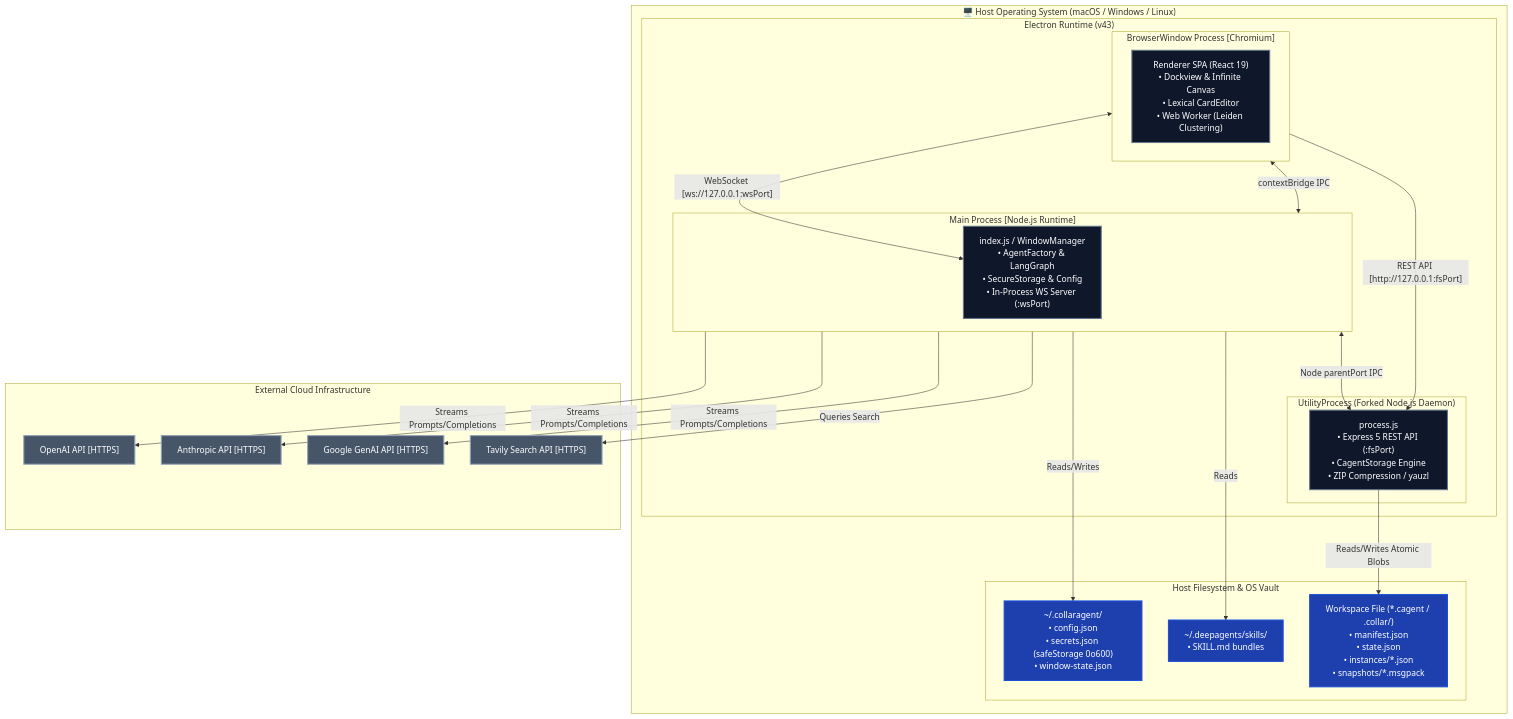
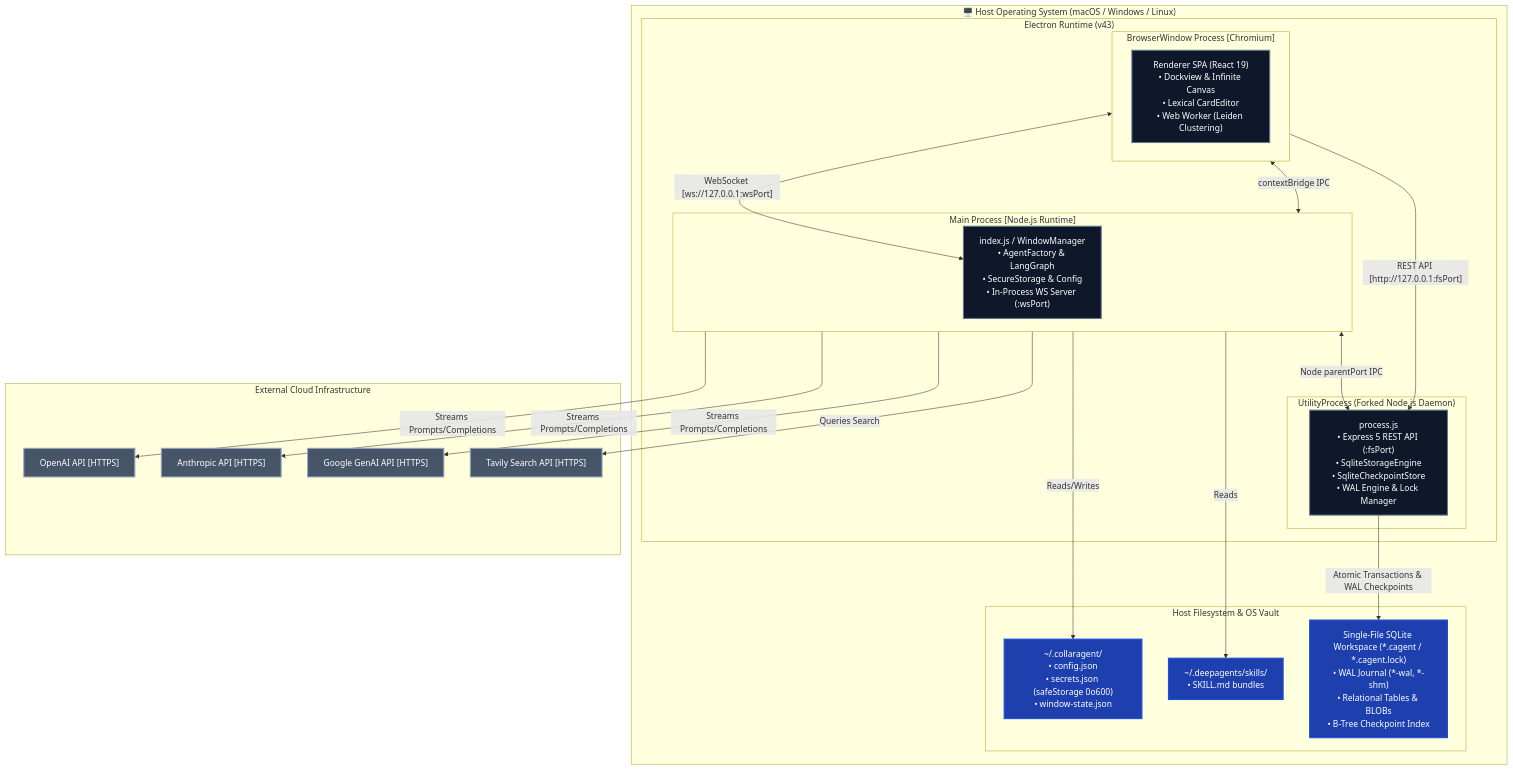
Before and after one commit to Goldwaterfung/Collaragent: the diagram in docs/design-catalog/c2-containers/deployment.mmd, drawn with Mermaid. The commit also changed 46 other files, not shown here.

Commit message:
ci: migrate backend data storage to sqlite

```diff
--- a/docs/design-catalog/c2-containers/deployment.mmd
+++ b/docs/design-catalog/c2-containers/deployment.mmd
@@ -1,51 +1,51 @@
 flowchart TB
     %% Deployment Styling
     classDef node fill:#1e293b,stroke:#3b82f6,color:#fff,stroke-width:2px;
     classDef process fill:#0f172a,stroke:#64748b,color:#fff;
     classDef file fill:#1e40af,stroke:#1d4ed8,color:#fff;
     classDef cloud fill:#475569,stroke:#94a3b8,color:#fff;
 
     subgraph HostOS ["🖥️ Host Operating System (macOS / Windows / Linux)"]
         
         subgraph ElectronApp ["Electron Runtime (v43)"]
             
             subgraph MainProc ["Main Process [Node.js Runtime]"]
                 HostMain["index.js / WindowManager<br/>• AgentFactory & LangGraph<br/>• SecureStorage & Config<br/>• In-Process WS Server (:wsPort)"]:::process
             end
             
             subgraph RendererProc ["BrowserWindow Process [Chromium]"]
                 WebUI["Renderer SPA (React 19)<br/>• Dockview & Infinite Canvas<br/>• Lexical CardEditor<br/>• Web Worker (Leiden Clustering)"]:::process
             end
             
             subgraph UtilityProc ["UtilityProcess (Forked Node.js Daemon)"]
-                Daemon["process.js<br/>• Express 5 REST API (:fsPort)<br/>• CagentStorage Engine<br/>• ZIP Compression / yauzl"]:::process
+                Daemon["process.js<br/>• Express 5 REST API (:fsPort)<br/>• SqliteStorageEngine<br/>• SqliteCheckpointStore<br/>• WAL Engine & Lock Manager"]:::process
             end
         end
 
         subgraph LocalDisk ["Host Filesystem & OS Vault"]
             ConfigDir["~/.collaragent/<br/>• config.json<br/>• secrets.json (safeStorage 0o600)<br/>• window-state.json"]:::file
             SkillsDir["~/.deepagents/skills/<br/>• SKILL.md bundles"]:::file
-            ProjectDir["Workspace File (*.cagent / .collar/)<br/>• manifest.json<br/>• state.json<br/>• instances/*.json<br/>• snapshots/*.msgpack"]:::file
+            ProjectDir["Single-File SQLite Workspace (*.cagent / *.cagent.lock)<br/>• WAL Journal (*-wal, *-shm)<br/>• Relational Tables & BLOBs<br/>• B-Tree Checkpoint Index"]:::file
         end
     end
 
     subgraph CloudServices ["External Cloud Infrastructure"]
         OpenAICloud["OpenAI API [HTTPS]"]:::cloud
         AnthropicCloud["Anthropic API [HTTPS]"]:::cloud
         GoogleCloud["Google GenAI API [HTTPS]"]:::cloud
         TavilyAPI["Tavily Search API [HTTPS]"]:::cloud
     end
 
     RendererProc <-->|"contextBridge IPC"| MainProc
     RendererProc <-->|"WebSocket [ws://127.0.0.1:wsPort]"| HostMain
     RendererProc -->|"REST API [http://127.0.0.1:fsPort]"| Daemon
     MainProc <-->|"Node parentPort IPC"| Daemon
 
     MainProc -->|"Reads/Writes"| ConfigDir
     MainProc -->|"Reads"| SkillsDir
-    Daemon -->|"Reads/Writes Atomic Blobs"| ProjectDir
+    Daemon -->|"Atomic Transactions & WAL Checkpoints"| ProjectDir
 
     MainProc -->|"Streams Prompts/Completions"| OpenAICloud
     MainProc -->|"Streams Prompts/Completions"| AnthropicCloud
     MainProc -->|"Streams Prompts/Completions"| GoogleCloud
     MainProc -->|"Queries Search"| TavilyAPI
```
